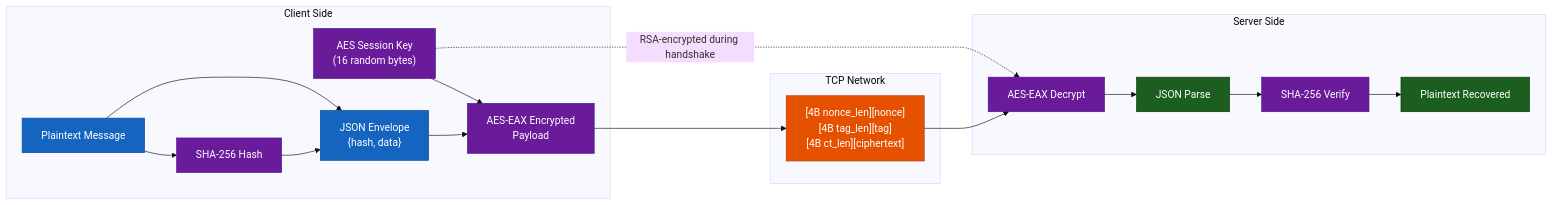
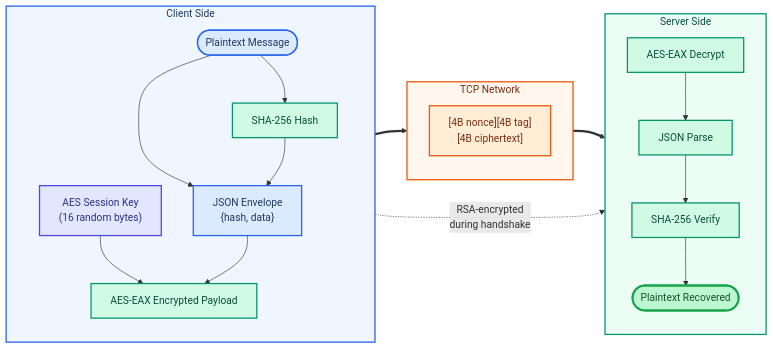
One commit to HeshamAfandi/Secure-Communication-System changed the second of 14 diagrams in PROJECT_DOCUMENTATION.md. Above: the diagram before and after it, drawn with Mermaid. The commit also changed other lines of this file, not shown here.

````diff
--- a/PROJECT_DOCUMENTATION.md
+++ b/PROJECT_DOCUMENTATION.md
@@ -154,39 +168,50 @@
 ```mermaid
-%%{init: {'theme': 'base'}}%%
 flowchart LR
-    classDef clientNode  fill:#1565C0,stroke:#0D47A1,color:#FFFFFF
-    classDef cryptoNode  fill:#6A1B9A,stroke:#4A148C,color:#FFFFFF
-    classDef networkNode fill:#E65100,stroke:#BF360C,color:#FFFFFF
-    classDef serverNode  fill:#1B5E20,stroke:#0D3B00,color:#FFFFFF
-
     subgraph CLIENT_SIDE["Client Side"]
-        C1["Plaintext Message"]:::clientNode
-        C2["AES Session Key<br/>(16 random bytes)"]:::cryptoNode
-        C3["SHA-256 Hash"]:::cryptoNode
-        C4["JSON Envelope<br/>{hash, data}"]:::clientNode
-        C5["AES-EAX Encrypted<br/>Payload"]:::cryptoNode
+        direction TB
+        C1(["Plaintext Message"])
+        C2["AES Session Key<br/>(16 random bytes)"]
+        C3["SHA-256 Hash"]
+        C4["JSON Envelope<br/>{hash, data}"]
+        C5["AES-EAX Encrypted Payload"]
     end
 
     subgraph NETWORK["TCP Network"]
-        N1["[4B nonce_len][nonce]<br/>[4B tag_len][tag]<br/>[4B ct_len][ciphertext]"]:::networkNode
+        direction TB
+        N1["[4B nonce][4B tag]<br/>[4B ciphertext]"]
     end
 
     subgraph SERVER_SIDE["Server Side"]
-        S1["AES-EAX Decrypt"]:::cryptoNode
-        S2["JSON Parse"]:::serverNode
-        S3["SHA-256 Verify"]:::cryptoNode
-        S4["Plaintext Recovered"]:::serverNode
+        direction TB
+        S1["AES-EAX Decrypt"]
+        S2["JSON Parse"]
+        S3["SHA-256 Verify"]
+        S4(["Plaintext Recovered"])
     end
 
     C1 --> C3
     C1 --> C4
     C3 --> C4
     C2 --> C5
     C4 --> C5
-    C5 --> N1
-    N1 --> S1
-    C2 -.->|"RSA-encrypted during handshake"| S1
+    C5 ==> N1
+    N1 ==> S1
+    C2 -.->|"RSA-encrypted<br/>during handshake"| S1
     S1 --> S2
     S2 --> S3
     S3 --> S4
+
+    style C1 fill:#dbeafe,stroke:#2563eb,stroke-width:2px,color:#1e3a5f
+    style C2 fill:#e0e7ff,stroke:#4f46e5,stroke-width:2px,color:#312e81
+    style C3 fill:#d1fae5,stroke:#059669,stroke-width:2px,color:#064e3b
+    style C4 fill:#dbeafe,stroke:#2563eb,stroke-width:2px,color:#1e3a5f
+    style C5 fill:#d1fae5,stroke:#059669,stroke-width:2px,color:#064e3b
+    style N1 fill:#ffedd5,stroke:#ea580c,stroke-width:2px,color:#7c2d12
+    style S1 fill:#d1fae5,stroke:#059669,stroke-width:2px,color:#064e3b
+    style S2 fill:#d1fae5,stroke:#059669,stroke-width:2px,color:#064e3b
+    style S3 fill:#d1fae5,stroke:#059669,stroke-width:2px,color:#064e3b
+    style S4 fill:#bbf7d0,stroke:#16a34a,stroke-width:3px,color:#14532d
+    style CLIENT_SIDE fill:#eff6ff,stroke:#2563eb,stroke-width:2px,color:#1e3a5f
+    style NETWORK     fill:#fff7ed,stroke:#ea580c,stroke-width:2px,color:#7c2d12
+    style SERVER_SIDE fill:#ecfdf5,stroke:#059669,stroke-width:2px,color:#064e3b
 ```
````
